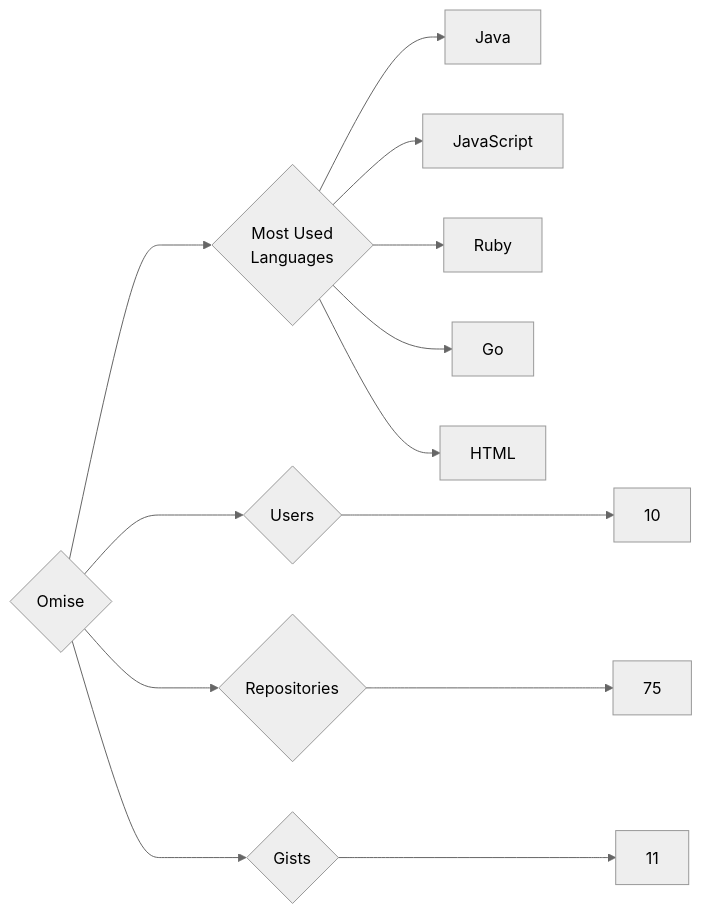
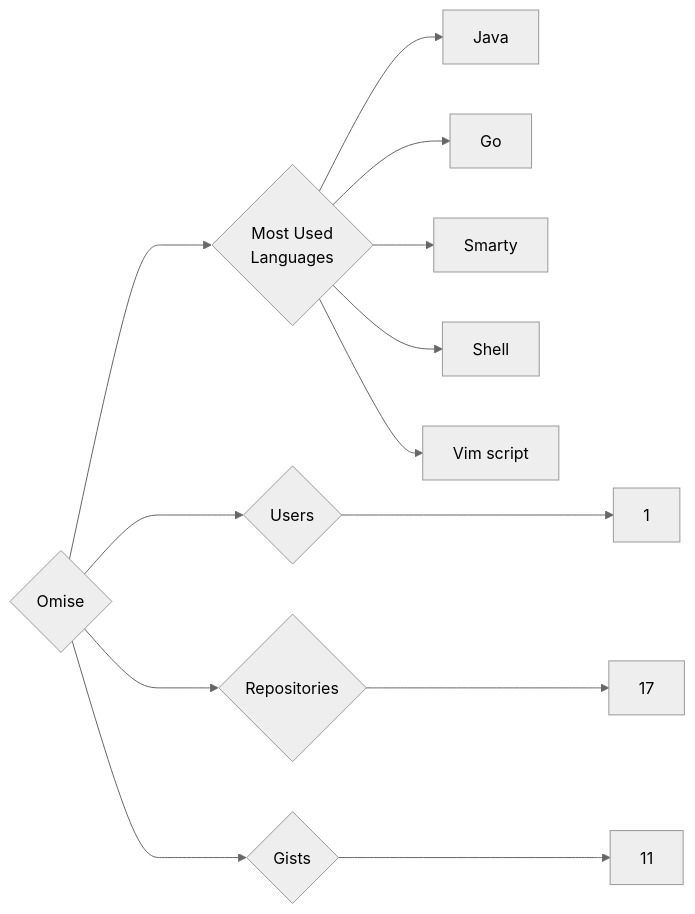
Before and after one commit to trickest/insiders: the diagram in targets/Omise/README.md, drawn with Mermaid (neutral theme). The commit also changed 677 other files, not shown here.

````diff
--- a/targets/Omise/README.md
+++ b/targets/Omise/README.md
@@ -3,13 +3,13 @@
 ```mermaid
 graph LR
 COMPANY_NAME{Omise}
-COMPANY_NAME ---> U{Users} ---> UN[10]
-COMPANY_NAME ---> R{Repositories} ---> RN[75]
+COMPANY_NAME ---> U{Users} ---> UN[1]
+COMPANY_NAME ---> R{Repositories} ---> RN[17]
 COMPANY_NAME ---> G{Gists} ---> GN[11]
 COMPANY_NAME ---> ML{Most Used<br>Languages}
 ML --> Java[Java]
-ML --> JavaScript[JavaScript]
-ML --> Ruby[Ruby]
 ML --> Go[Go]
-ML --> HTML[HTML]
+ML --> Smarty[Smarty]
+ML --> Shell[Shell]
+ML --> Vim_script[Vim script]
 ```
````
